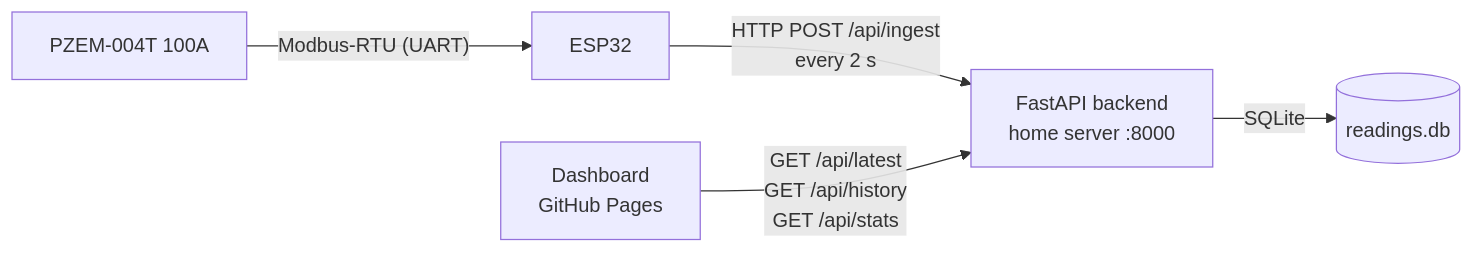
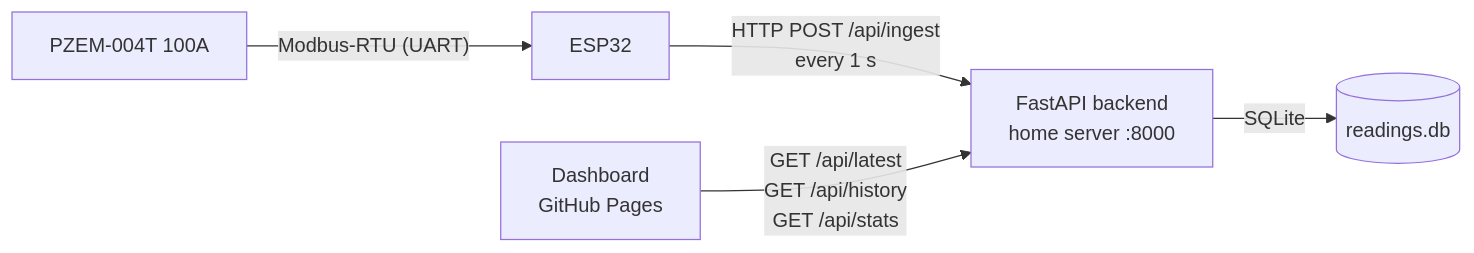
The diagram in README.md (dev-modo/esp32-power-meter), drawn with Mermaid before and after one commit. The commit also changed other lines of this file and 6 other files, not shown here.

````diff
--- a/README.md
+++ b/README.md
@@ -5,7 +5,7 @@
 ```mermaid
 flowchart LR
     PZEM[PZEM-004T 100A] -- "Modbus-RTU (UART)" --> ESP[ESP32]
-    ESP -- "HTTP POST /api/ingest\nevery 2 s" --> API[FastAPI backend\nhome server :8000]
+    ESP -- "HTTP POST /api/ingest\nevery 1 s" --> API[FastAPI backend\nhome server :8000]
     API -- "SQLite" --> DB[(readings.db)]
     WEB[Dashboard\nGitHub Pages] -- "GET /api/latest\nGET /api/history\nGET /api/stats" --> API
 ```
````
